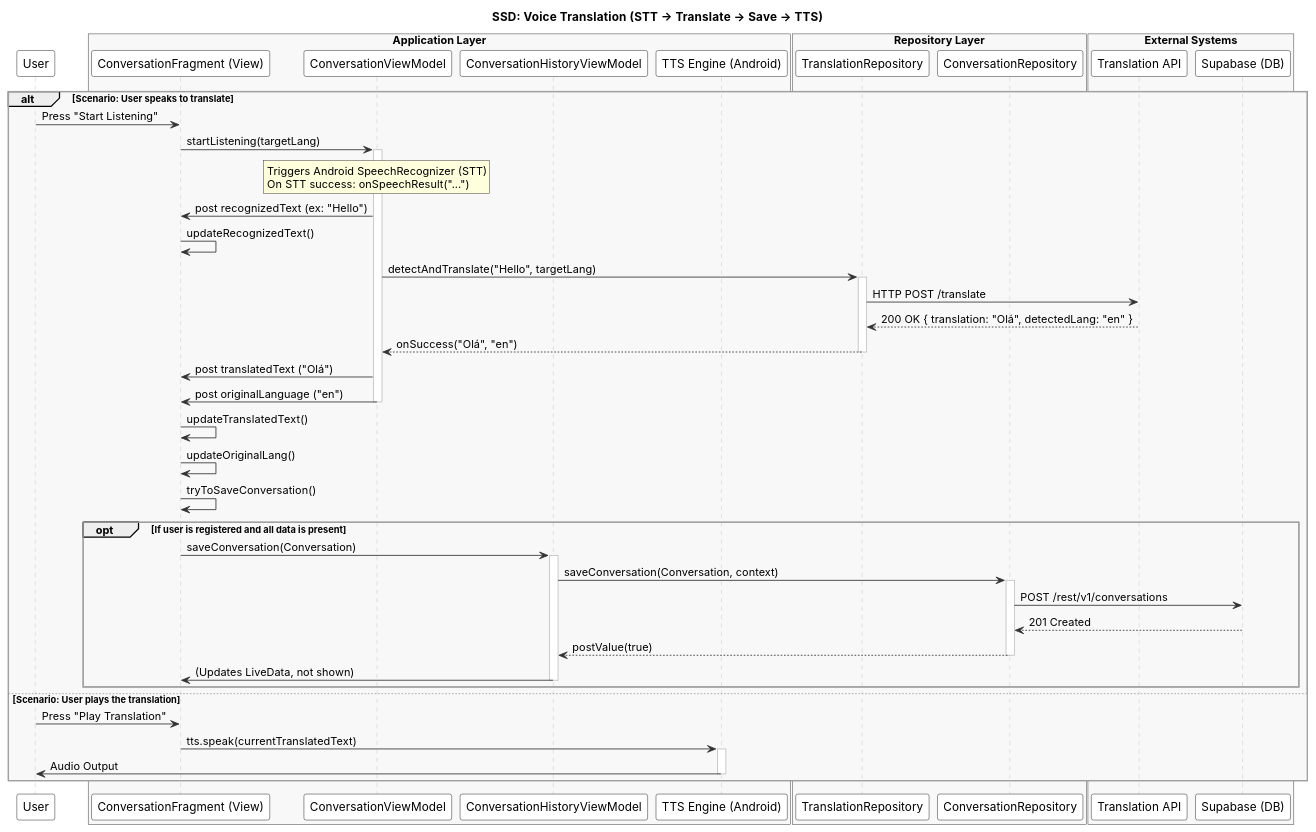
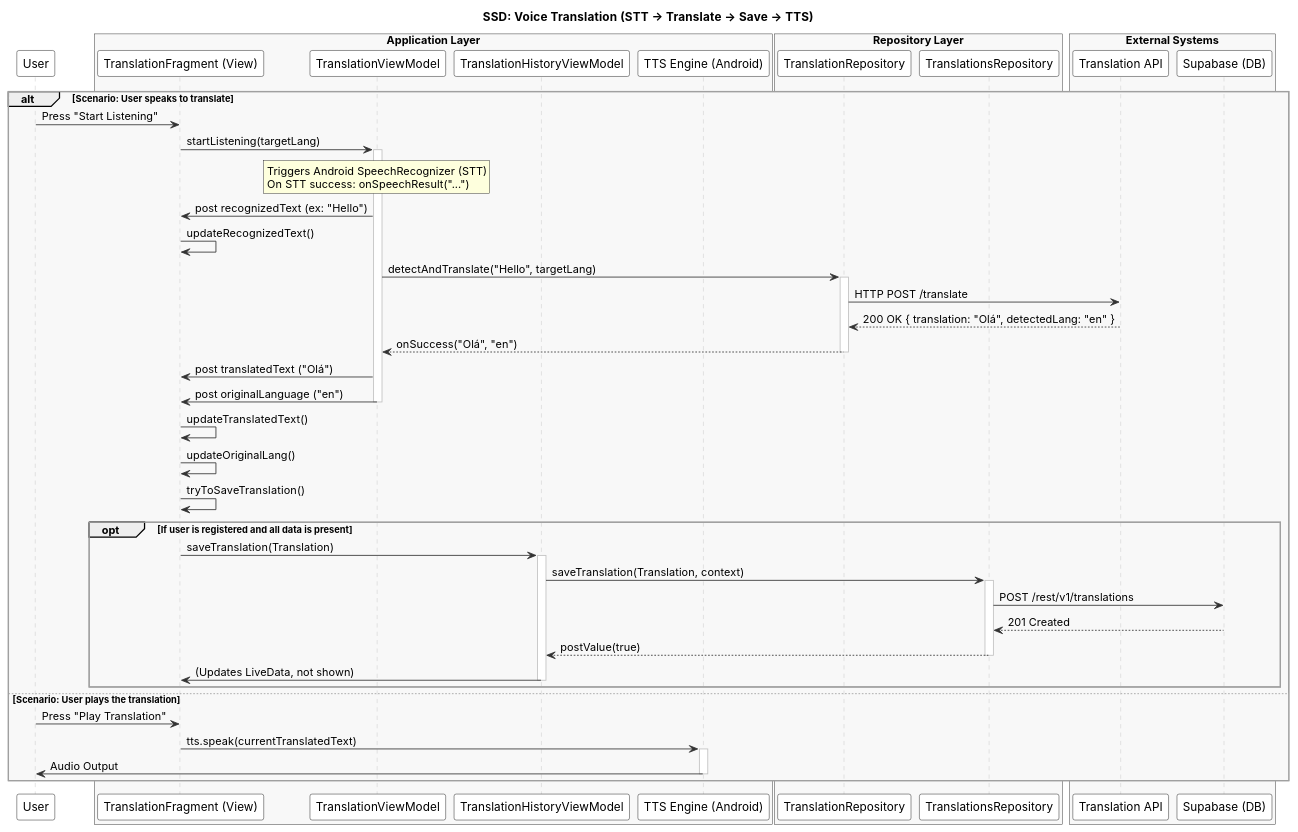
One commit to VascoMagolo/DSSMV_ProjectDroid_1231562_1230985 changed the diagram in UMLs/PUMLs/ssd_voice_translation.puml. Above: the diagram before and after it, drawn with PlantUML. The commit also changed 7 other files, not shown here.

```diff
--- a/UMLs/PUMLs/ssd_voice_translation.puml
+++ b/UMLs/PUMLs/ssd_voice_translation.puml
@@ -1,88 +1,90 @@
 @startuml SSD: Voice Translation
 title SSD: Voice Translation (STT -> Translate -> Save -> TTS)
 
 skinparam defaultFontName "Inter"
 skinparam package {
     BackgroundColor #F8F8F8
     BorderColor #A0A0A0
 }
 skinparam participant {
     BackgroundColor #FFFFFF
     BorderColor #000000
 }
 skinparam sequence {
     ArrowColor #333333
     ActorBorderColor #000000
     LifeLineBorderColor #C0C0C0
 }
 
 participant "User" as User
 
+participant "User" as User
+
 box "Application Layer" #F8F8F8
-    participant "ConversationFragment (View)" as View
-    participant "ConversationViewModel" as VM
-    participant "ConversationHistoryViewModel" as HistoryVM
+    participant "TranslationFragment (View)" as View
+    participant "TranslationViewModel" as VM
+    participant "TranslationHistoryViewModel" as HistoryVM
     participant "TTS Engine (Android)" as TTS
 end box
 
 box "Repository Layer" #F8F8F8
     participant "TranslationRepository" as TR
-    participant "ConversationRepository" as CR
+    participant "TranslationsRepository" as CR
 end box
 
 box "External Systems" #F8F8F8
     participant "Translation API" as API
     participant "Supabase (DB)" as DB
 end box
 
 alt Scenario: User speaks to translate
 
     User -> View : Press "Start Listening"
     View -> VM : startListening(targetLang)
     activate VM
 
     rnote over VM : Triggers Android SpeechRecognizer (STT)\nOn STT success: onSpeechResult("...")
 
     VM -> View : post recognizedText (ex: "Hello")
     View -> View : updateRecognizedText()
 
     VM -> TR : detectAndTranslate("Hello", targetLang)
     activate TR
     TR -> API : HTTP POST /translate
     API --> TR : 200 OK { translation: "Olá", detectedLang: "en" }
     TR --> VM : onSuccess("Olá", "en")
     deactivate TR
 
     VM -> View : post translatedText ("Olá")
     VM -> View : post originalLanguage ("en")
     deactivate VM
 
     View -> View : updateTranslatedText()
     View -> View : updateOriginalLang()
 
-    View -> View : tryToSaveConversation()
+    View -> View : tryToSaveTranslation()
 
     opt If user is registered and all data is present
-        View -> HistoryVM : saveConversation(Conversation)
+        View -> HistoryVM : saveTranslation(Translation)
         activate HistoryVM
-        HistoryVM -> CR : saveConversation(Conversation, context)
+        HistoryVM -> CR : saveTranslation(Translation, context)
         activate CR
-        CR -> DB : POST /rest/v1/conversations
+        CR -> DB : POST /rest/v1/translations
         DB --> CR : 201 Created
         CR --> HistoryVM : postValue(true)
         deactivate CR
         HistoryVM -> View : (Updates LiveData, not shown)
         deactivate HistoryVM
     end
 
 else Scenario: User plays the translation
 
     User -> View : Press "Play Translation"
     View -> TTS : tts.speak(currentTranslatedText)
     activate TTS
     TTS -> User : Audio Output
     deactivate TTS
 
 end
 
 @enduml
```
